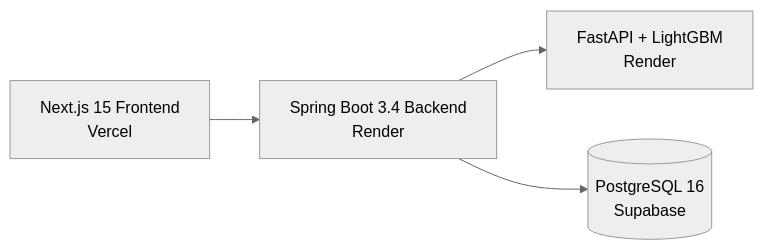
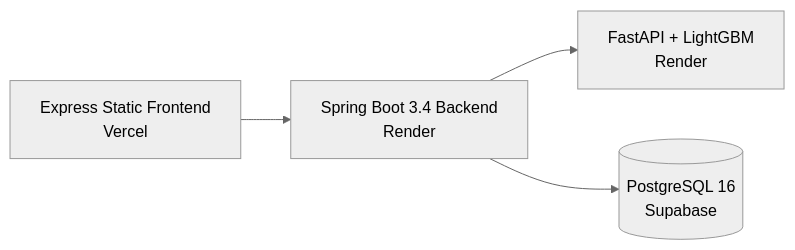
Before and after one commit to sreemani0323/ApEapcetEngine: the diagram in README.md, drawn with Mermaid (neutral theme). The commit also changed other lines of this file and 87 other files, not shown here.

Commit message:
refactor: migrate frontend from Next.js to Express static, remove placement features, retrain ML model

````diff
--- a/README.md
+++ b/README.md
@@ -43,6 +45,6 @@
 ```mermaid
 graph LR
-    A[Next.js 15 Frontend<br/>Vercel] --> B[Spring Boot 3.4 Backend<br/>Render]
+    A[Express Static Frontend<br/>Vercel] --> B[Spring Boot 3.4 Backend<br/>Render]
     B --> C[FastAPI + LightGBM<br/>Render]
     B --> D[(PostgreSQL 16<br/>Supabase)]
 ```
````
